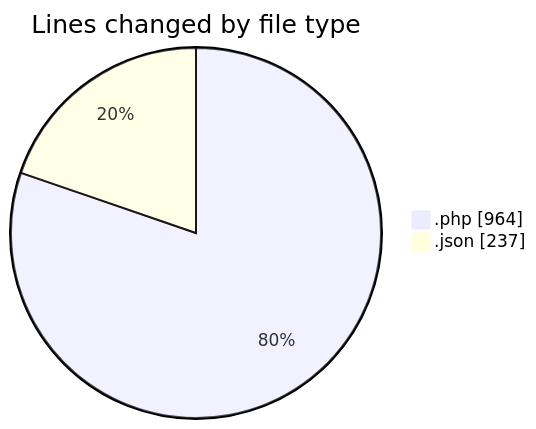
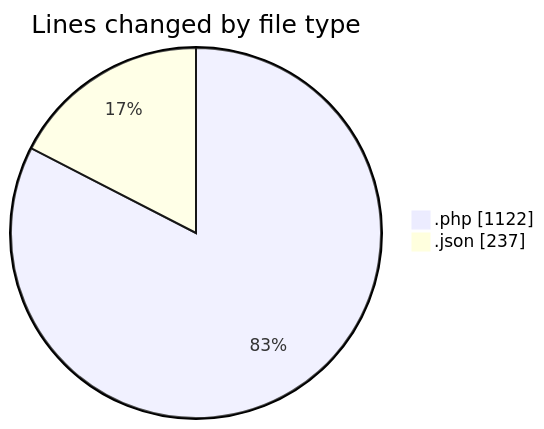
The first of 2 diagrams in 2025-05-28/studio-backend/README.md (idhammustaqopulfikri/code-tracking), drawn with Mermaid before and after one commit. The commit also changed other lines of this file and 1 other file, not shown here.

````diff
--- a/2025-05-28/studio-backend/README.md
+++ b/2025-05-28/studio-backend/README.md
@@ -36,6 +38,6 @@
 ```mermaid
 pie showData
 title Lines changed by file type
-".php" : 964
+".php" : 1122
 ".json" : 237
 ```
````
